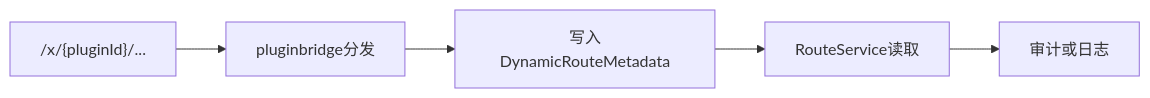
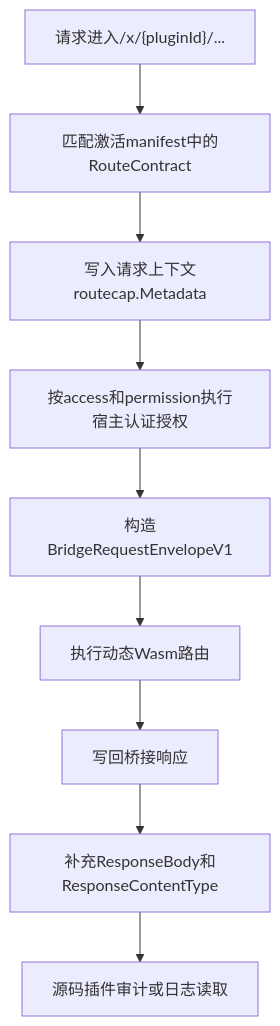
Before and after one commit to linaproai/linapro-site: the diagram in apps/lina-site/docs/docs/3000-domain-capabilities/8300-route.md, drawn with Mermaid. The commit also changed other lines of this file and 31 other files, not shown here.

````diff
--- a/apps/lina-site/docs/docs/3000-domain-capabilities/8300-route.md
+++ b/apps/lina-site/docs/docs/3000-domain-capabilities/8300-route.md
@@ -53,7 +46,11 @@
 ```mermaid
-graph LR
-    Request["/x/{pluginId}/..."] --> Bridge["pluginbridge分发"]
-    Bridge --> Metadata["写入DynamicRouteMetadata"]
-    Metadata --> Route["RouteService读取"]
-    Route --> Audit["审计或日志"]
+graph TB
+    Request["请求进入/x/{pluginId}/..."] --> Match["匹配激活manifest中的RouteContract"]
+    Match --> Context["写入请求上下文routecap.Metadata"]
+    Context --> Auth["按access和permission执行宿主认证授权"]
+    Auth --> Envelope["构造BridgeRequestEnvelopeV1"]
+    Envelope --> Wasm["执行动态Wasm路由"]
+    Wasm --> Response["写回桥接响应"]
+    Response --> Capture["补充ResponseBody和ResponseContentType"]
+    Capture --> Audit["源码插件审计或日志读取"]
 ```
````
